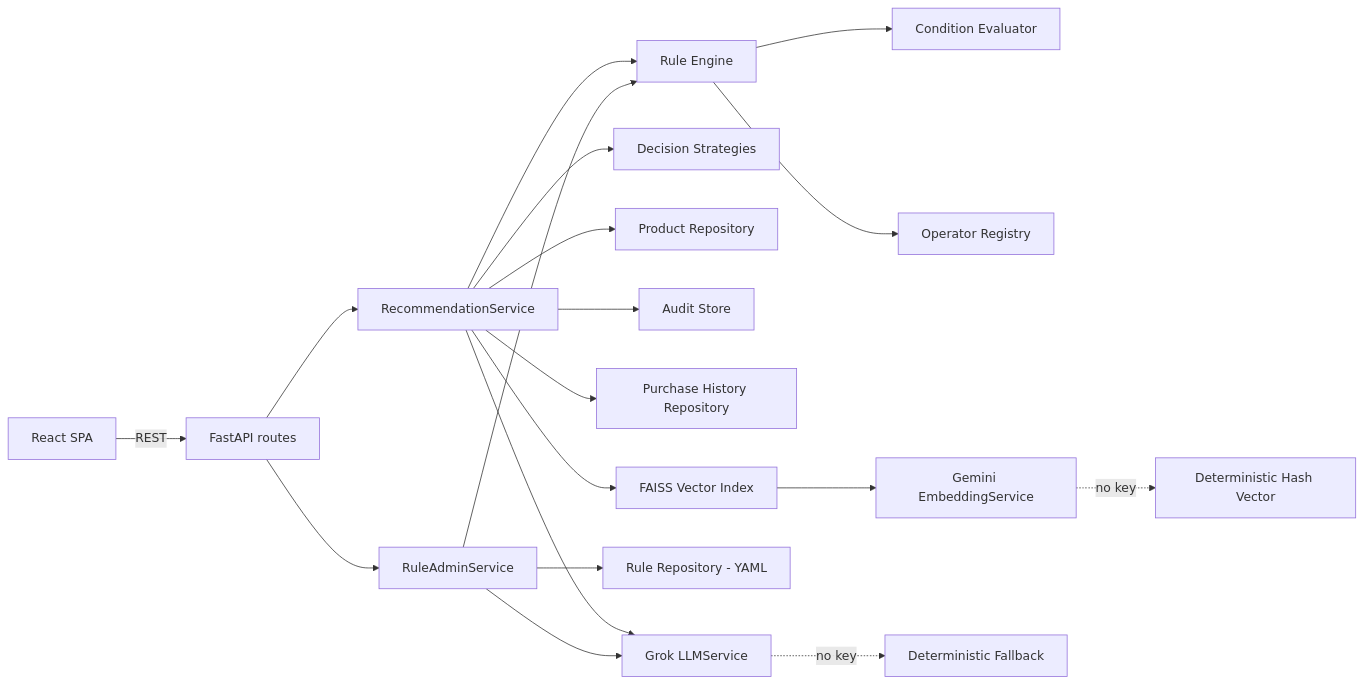
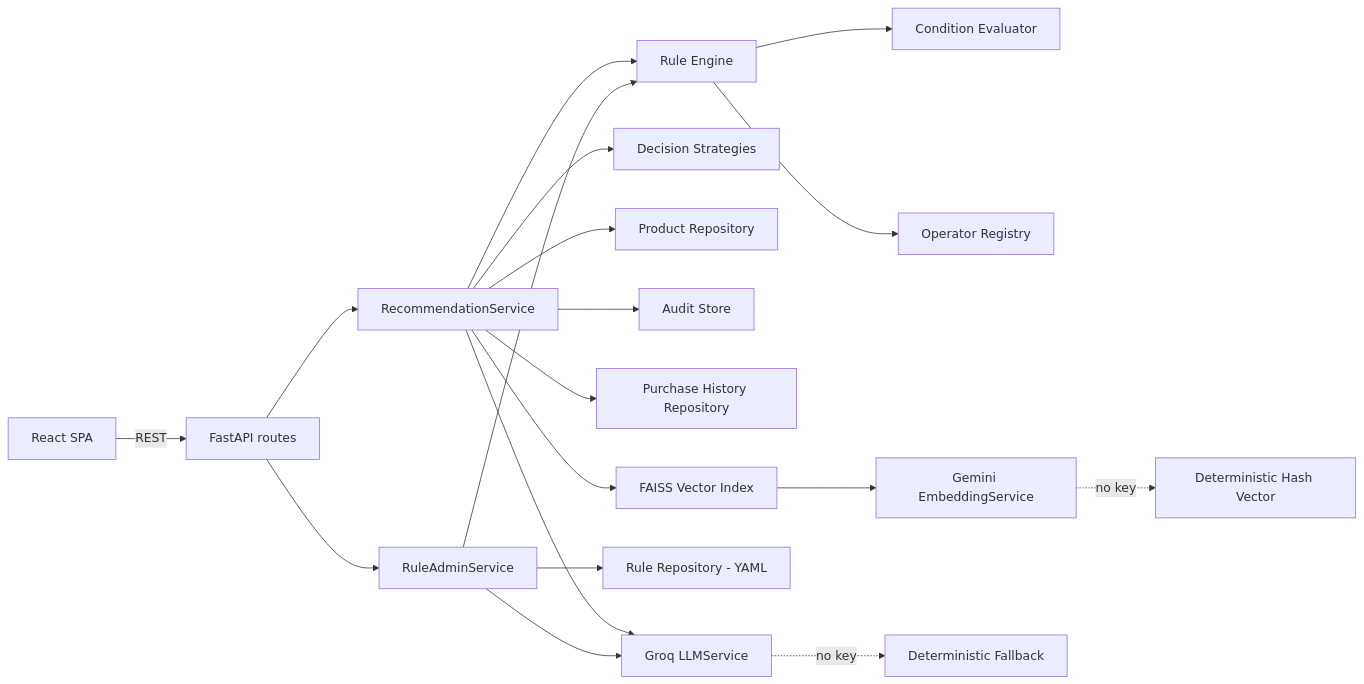
The diagram in README.md (AbhiTyagi012/hackathon_problem_4_solution), drawn with Mermaid before and after one commit. The commit also changed other lines of this file and 25 other files, not shown here.

````diff
--- a/README.md
+++ b/README.md
@@ -38,21 +38,21 @@
 ```mermaid
 flowchart LR
     UI[React SPA] -->|REST| API[FastAPI routes]
     API --> RS[RecommendationService]
     API --> RAS[RuleAdminService]
     RS --> ENGINE[Rule Engine]
     RAS --> ENGINE
     ENGINE --> COND[Condition Evaluator]
     ENGINE --> OPS[Operator Registry]
     RS --> STRAT[Decision Strategies]
     RS --> CATALOG[Product Repository]
     RS --> AUDIT[Audit Store]
     RS --> HIST[Purchase History Repository]
     RS --> VEC[FAISS Vector Index]
     VEC --> EMB[Gemini EmbeddingService]
     RAS --> RULES[Rule Repository - YAML]
-    RS --> LLM[Grok LLMService]
+    RS --> LLM[Groq LLMService]
     RAS --> LLM
     LLM -. no key .-> FALLBACK[Deterministic Fallback]
     EMB -. no key .-> HASHFALLBACK[Deterministic Hash Vector]
 ```
````
